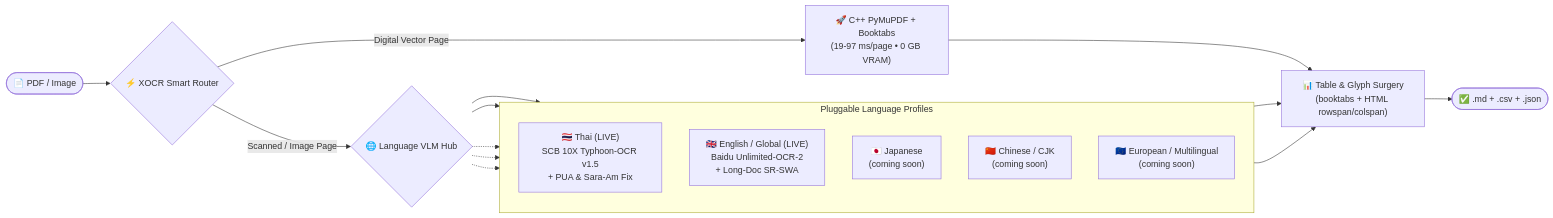
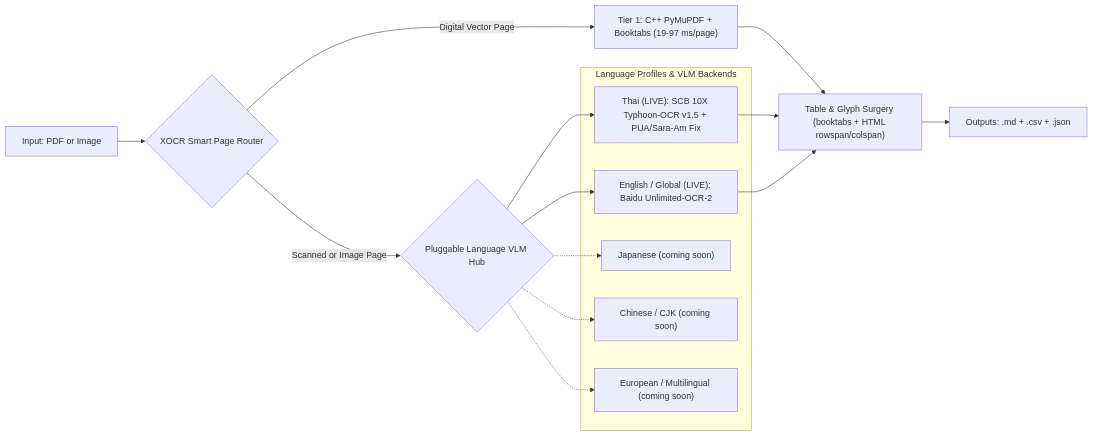
The first of 2 diagrams in README.md (iscvlab/xocr), drawn with Mermaid before and after one commit. The commit also changed other lines of this file and 2 other files, not shown here.

Commit message:
fix(docs): resolve GitHub Mermaid lexer & xychart-beta rendering bugs for instant load

````diff
--- a/README.md
+++ b/README.md
@@ -49,23 +40,25 @@
 ```mermaid
 flowchart LR
-    In(["📄 PDF / Image"]) --> Router{"⚡ XOCR Smart Router"}
+    In["Input: PDF or Image"] --> Router{"XOCR Smart Page Router"}
+    Router -->|"Digital Vector Page"| Fast["Tier 1: C++ PyMuPDF + Booktabs (19-97 ms/page)"]
+    Router -->|"Scanned or Image Page"| Hub{"Pluggable Language VLM Hub"}
 
-    Router -->|"Digital Vector Page"| Fast["🚀 C++ PyMuPDF + Booktabs<br/>(19-97 ms/page • 0 GB VRAM)"]
-    Router -->|"Scanned / Image Page"| Hub{"🌐 Language VLM Hub"}
-
-    subgraph Packs["Pluggable Language Profiles"]
-        direction TB
-        TH["🇹🇭 Thai (LIVE)<br/>SCB 10X Typhoon-OCR v1.5<br/>+ PUA & Sara-Am Fix"]
-        EN["🇬🇧 English / Global (LIVE)<br/>Baidu Unlimited-OCR-2<br/>+ Long-Doc SR-SWA"]
-        JP["🇯🇵 Japanese<br/>(coming soon)"]
-        ZH["🇨🇳 Chinese / CJK<br/>(coming soon)"]
-        EU["🇪🇺 European / Multilingual<br/>(coming soon)"]
+    subgraph Profiles ["Language Profiles & VLM Backends"]
+        TH["Thai (LIVE): SCB 10X Typhoon-OCR v1.5 + PUA/Sara-Am Fix"]
+        EN["English / Global (LIVE): Baidu Unlimited-OCR-2"]
+        JP["Japanese (coming soon)"]
+        ZH["Chinese / CJK (coming soon)"]
+        EU["European / Multilingual (coming soon)"]
     end
 
-    Hub --> TH & EN
-    Hub -.-> JP & ZH & EU
+    Hub --> TH
+    Hub --> EN
+    Hub -.-> JP
+    Hub -.-> ZH
+    Hub -.-> EU
 
-    Fast --> Surgery["📊 Table & Glyph Surgery<br/>(booktabs + HTML rowspan/colspan)"]
-    TH & EN --> Surgery
-    Surgery --> Out(["✅ .md + .csv + .json"])
+    Fast --> Surgery["Table & Glyph Surgery (booktabs + HTML rowspan/colspan)"]
+    TH --> Surgery
+    EN --> Surgery
+    Surgery --> Out["Outputs: .md + .csv + .json"]
 ```
````
